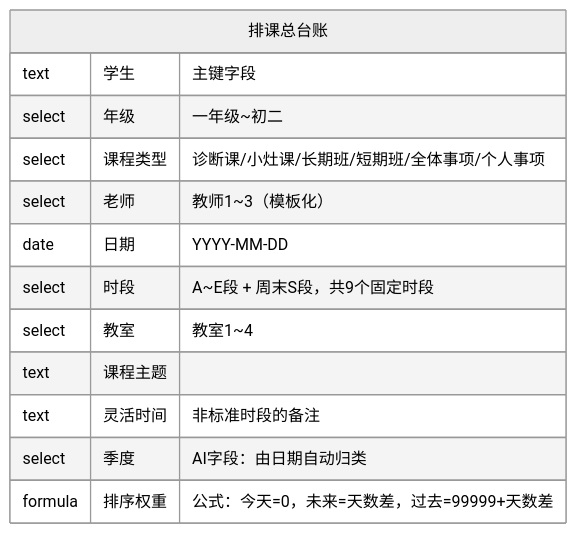
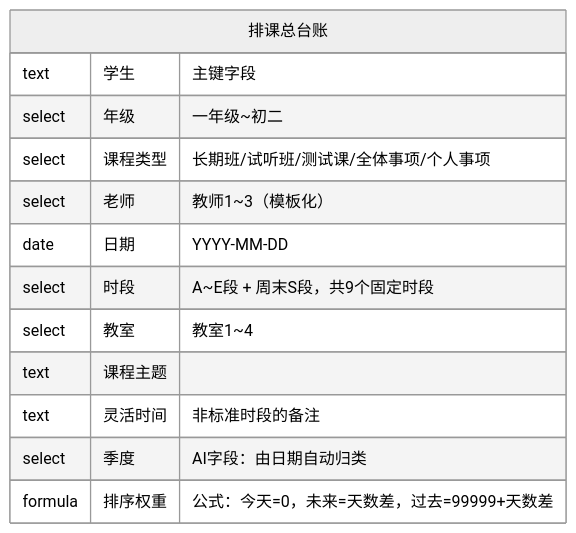
The third of 5 diagrams in README.md (EdenDong1202/class-scheduling-system), drawn with Mermaid (neutral theme) before and after one commit. The commit also changed other lines of this file, not shown here.

````diff
--- a/README.md
+++ b/README.md
@@ -109,16 +109,16 @@
 ```mermaid
 erDiagram
     PAIKE_LEDGER["排课总台账"] {
         text 学生 "主键字段"
         select 年级 "一年级~初二"
-        select 课程类型 "诊断课/小灶课/长期班/短期班/全体事项/个人事项"
+        select 课程类型 "长期班/试听班/测试课/全体事项/个人事项"
         select 老师 "教师1~3（模板化）"
         date 日期 "YYYY-MM-DD"
         select 时段 "A~E段 + 周末S段，共9个固定时段"
         select 教室 "教室1~4"
         text 课程主题 ""
         text 灵活时间 "非标准时段的备注"
         select 季度 "AI字段：由日期自动归类"
         formula 排序权重 "公式：今天=0，未来=天数差，过去=99999+天数差"
     }
 ```
````
